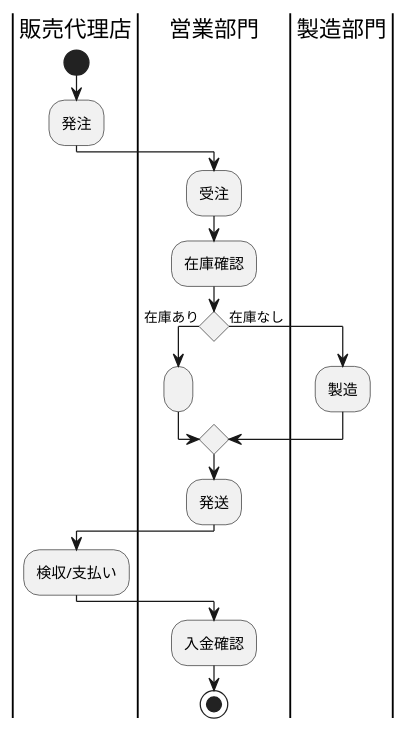
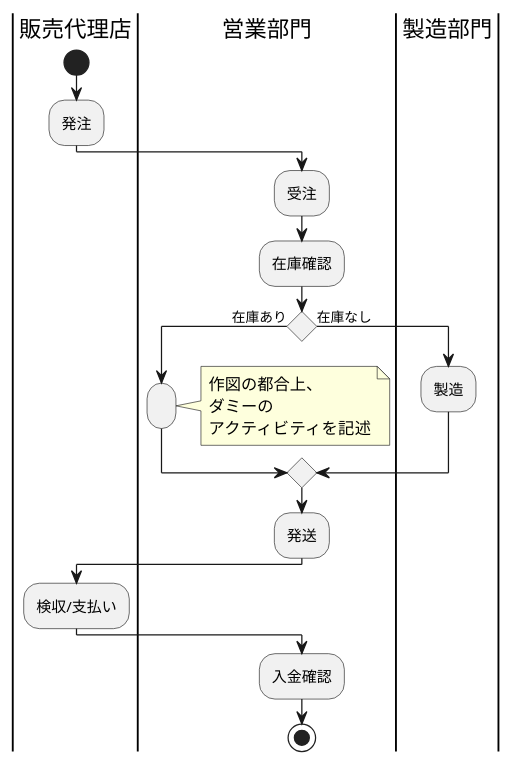
One commit to Nakmura0121/uml-introduction changed the diagram in 演習7-2_AC_製品を製造するアクティビティ図.pu. Above: the diagram before and after it, drawn with PlantUML. The commit also changed 1 other file, not shown here.

```diff
--- a/演習7-2_AC_製品を製造するアクティビティ図.pu
+++ b/演習7-2_AC_製品を製造するアクティビティ図.pu
@@ -1,24 +1,29 @@
 @startuml 製品製造
 |販売代理店|
 |営業部門|
 |製造部門|
 |販売代理店|
 start
 :発注;
 |営業部門|
 :受注;
 :在庫確認;
 if () then (在庫あり)
 :;
+note right
+作図の都合上、
+ダミーの
+アクティビティを記述
+end note
 else (在庫なし)
 |製造部門|
 :製造;
 endif
 |営業部門|
 :発送;
 |販売代理店|
 :検収/支払い;
 |営業部門|
 :入金確認;
 stop
 @enduml
```
